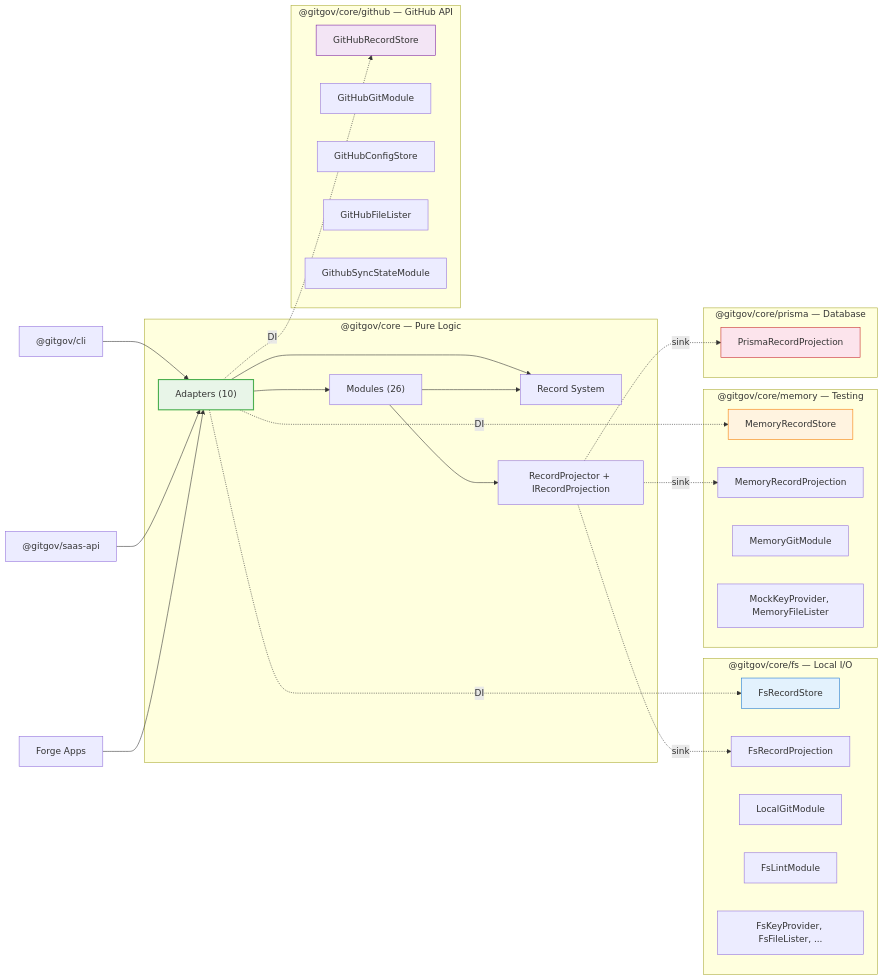
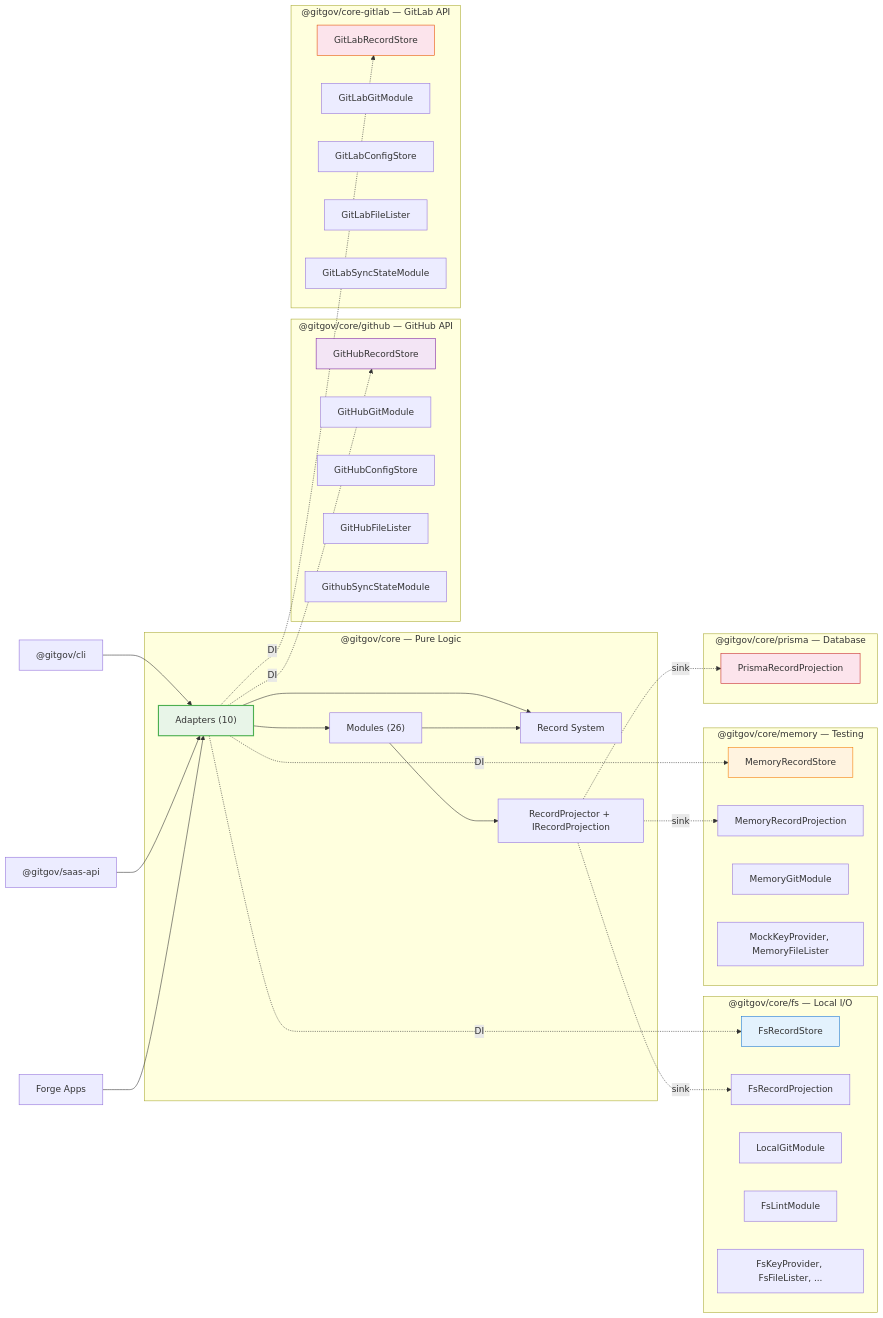
The diagram in packages/core/README.md (gitgovernance/monorepo), drawn with Mermaid before and after one commit. The commit also changed other lines of this file, not shown here.

Commit message:
docs(core): add @gitgov/core-gitlab to architecture diagram and import paths table

````diff
--- a/packages/core/README.md
+++ b/packages/core/README.md
@@ -83,58 +83,68 @@
 ```mermaid
 graph LR
     subgraph "@gitgov/core — Pure Logic"
         Adapters["Adapters (10)"]
         Modules["Modules (26)"]
         Records["Record System"]
         Projection["RecordProjector + IRecordProjection"]
 
         Adapters --> Modules
         Adapters --> Records
         Modules --> Records
         Modules --> Projection
     end
 
     subgraph "@gitgov/core/fs — Local I/O"
         FsStore["FsRecordStore"]
         FsProjection["FsRecordProjection"]
         FsGit["LocalGitModule"]
         FsLint["FsLintModule"]
         FsOther["FsKeyProvider, FsFileLister, ..."]
     end
 
     subgraph "@gitgov/core/github — GitHub API"
         GhStore["GitHubRecordStore"]
         GhGit["GitHubGitModule"]
         GhConfig["GitHubConfigStore"]
         GhFiles["GitHubFileLister"]
         GhSync["GithubSyncStateModule"]
     end
 
     subgraph "@gitgov/core/memory — Testing"
         MemStore["MemoryRecordStore"]
         MemProjection["MemoryRecordProjection"]
         MemGit["MemoryGitModule"]
         MemOther["MockKeyProvider, MemoryFileLister"]
     end
 
     subgraph "@gitgov/core/prisma — Database"
         PrismaProjection["PrismaRecordProjection"]
     end
 
+    subgraph "@gitgov/core-gitlab — GitLab API"
+        GlStore["GitLabRecordStore"]
+        GlGit["GitLabGitModule"]
+        GlConfig["GitLabConfigStore"]
+        GlFiles["GitLabFileLister"]
+        GlSync["GitLabSyncStateModule"]
+    end
+
     Adapters -.->|DI| FsStore
     Adapters -.->|DI| GhStore
+    Adapters -.->|DI| GlStore
     Adapters -.->|DI| MemStore
     Projection -.->|sink| FsProjection
     Projection -.->|sink| MemProjection
     Projection -.->|sink| PrismaProjection
 
     CLI["@gitgov/cli"] --> Adapters
     SaaS["@gitgov/saas-api"] --> Adapters
     Forge["Forge Apps"] --> Adapters
 
     style Adapters fill:#e8f5e8,stroke:#4caf50,stroke-width:2px
     style FsStore fill:#e3f2fd,stroke:#1976d2
     style GhStore fill:#f3e5f5,stroke:#7b1fa2
+    style GlStore fill:#fce4ec,stroke:#e65100
     style MemStore fill:#fff3e0,stroke:#f57c00
     style PrismaProjection fill:#fce4ec,stroke:#c62828
 ```
````
